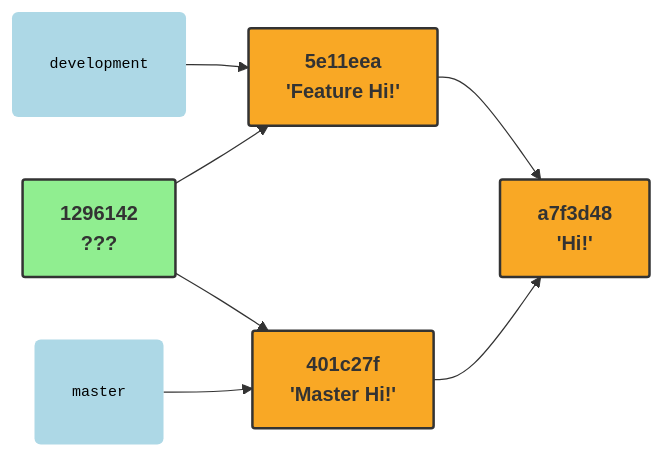
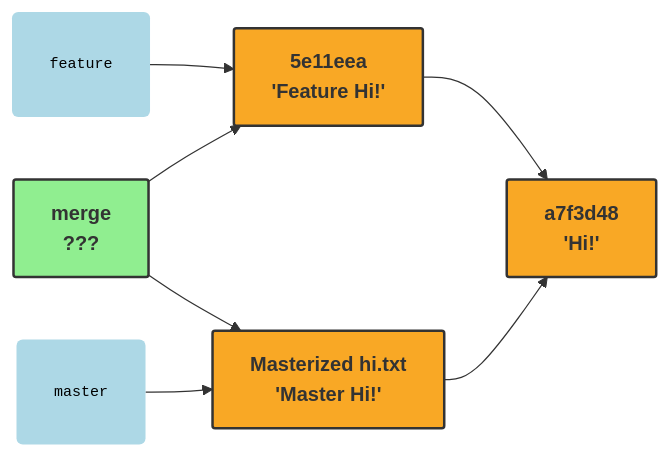
One commit to P3-MINI/csharp-site changed the fifth of 5 diagrams in content/lectures/02.tools/git.en.md. Above: the diagram before and after it, drawn with Mermaid. The commit also changed other lines of this file and 8 other files, not shown here.

````diff
--- a/content/lectures/02.tools/git.en.md
+++ b/content/lectures/02.tools/git.en.md
@@ -607,17 +607,17 @@
 ```mermaid
 graph LR
     classDef commit fill: #f9a825, stroke: #333, stroke-width: 2px, font-weight: bold, rx: 2px, ry: 2px
     classDef new fill: #90EE90, stroke: #333, stroke-width: 2px, font-weight: bold, rx: 2px, ry: 2px
     classDef ref fill: #add8e6, stroke: none, color: #000, font-family: monospace, font-size: 12px, padding: 2px, rx: 5px, ry: 5px;
-    development:::ref --> A
-%%  development:::ref -.-> M
+    feature:::ref --> A
+%%  feature:::ref -.-> M
     A["5e11eea<br>'Feature Hi!'"]:::commit
-    B["401c27f<br>'Master Hi!'"]:::commit
+    B["Masterized hi.txt<br>'Master Hi!'"]:::commit
     C["a7f3d48<br>'Hi!'"]:::commit
-    M["1296142<br>???"]:::new
+    M["merge<br>???"]:::new
     A --> C
     B --> C
     M --> A
     M --> B
     master:::ref --> B
 ```
````
